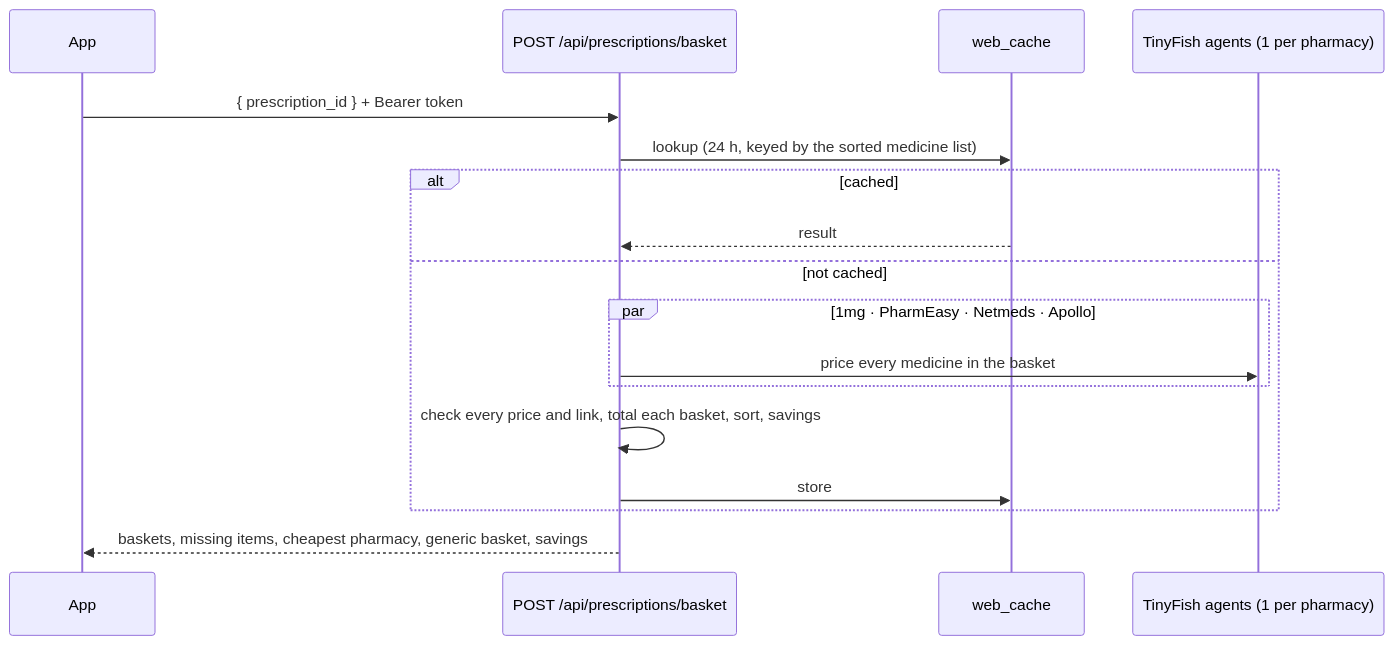
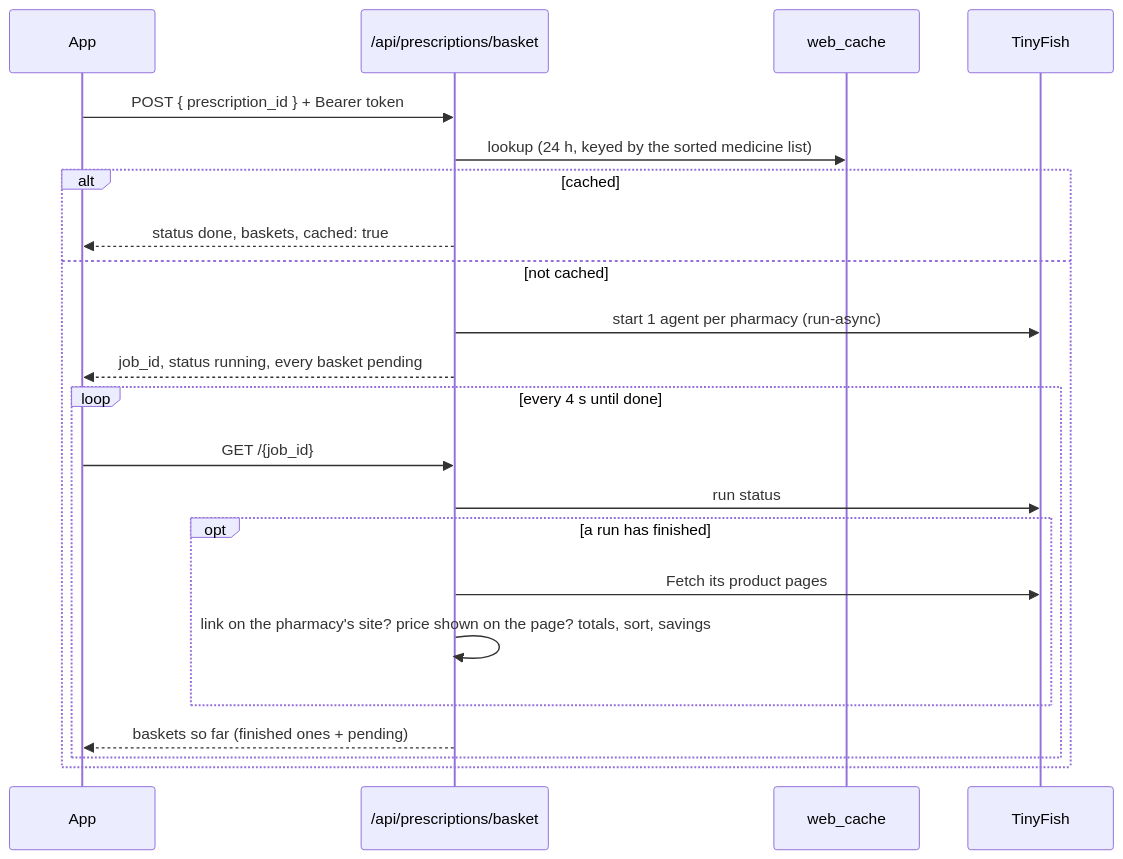
The second of 2 diagrams in ARCHITECTURE.md (AlicanAkyol/vyana), drawn with Mermaid before and after one commit. The commit also changed other lines of this file and 2 other files, not shown here.

Commit message:
docs: describe the basket job and price verification

````diff
--- a/ARCHITECTURE.md
+++ b/ARCHITECTURE.md
@@ -68,19 +70,24 @@
 ```mermaid
 sequenceDiagram
   participant App
-  participant API as POST /api/prescriptions/basket
+  participant API as /api/prescriptions/basket
   participant Cache as web_cache
-  participant Agents as TinyFish agents (1 per pharmacy)
-  App->>API: { prescription_id } + Bearer token
+  participant TF as TinyFish
+  App->>API: POST { prescription_id } + Bearer token
   API->>Cache: lookup (24 h, keyed by the sorted medicine list)
   alt cached
-    Cache-->>API: result
+    API-->>App: status done, baskets, cached: true
   else not cached
-    par 1mg · PharmEasy · Netmeds · Apollo
-      API->>Agents: price every medicine in the basket
+    API->>TF: start 1 agent per pharmacy (run-async)
+    API-->>App: job_id, status running, every basket pending
+    loop every 4 s until done
+      App->>API: GET /{job_id}
+      API->>TF: run status
+      opt a run has finished
+        API->>TF: Fetch its product pages
+        API->>API: link on the pharmacy's site? price shown on the page? totals, sort, savings
+      end
+      API-->>App: baskets so far (finished ones + pending)
     end
-    API->>API: check every price and link, total each basket, sort, savings
-    API->>Cache: store
   end
-  API-->>App: baskets, missing items, cheapest pharmacy, generic basket, savings
 ```
````
